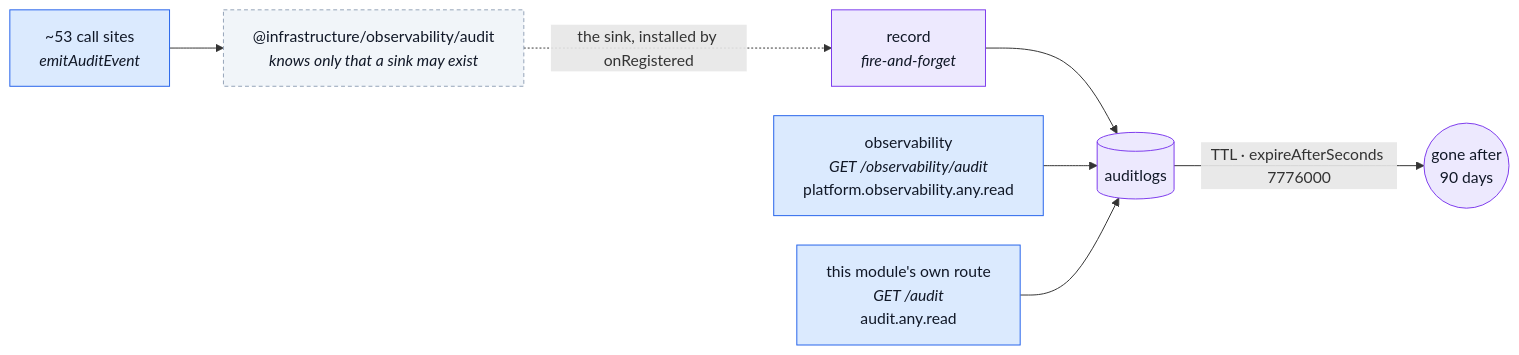
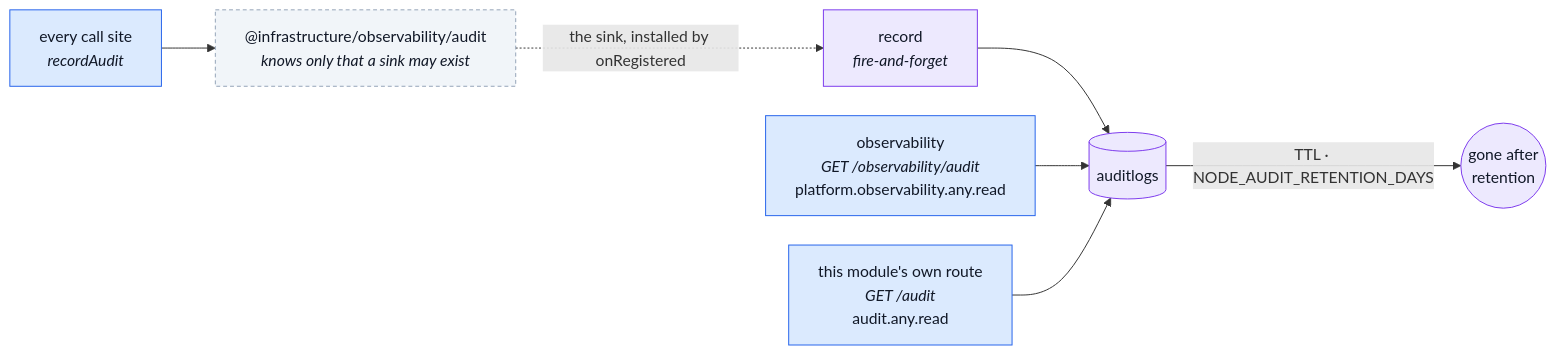
One commit to Guebbit/boilerplate-node-backend changed the second of 2 diagrams in docs/modules/audit-logs.md. Above: the diagram before and after it, drawn with Mermaid. The commit also changed other lines of this file and 130 other files, not shown here.

````diff
--- a/docs/modules/audit-logs.md
+++ b/docs/modules/audit-logs.md
@@ -98,17 +97,17 @@
 ```mermaid
 %%{init: {'flowchart': {'nodeSpacing': 30, 'rankSpacing': 55}}}%%
 flowchart LR
-    C["~53 call sites<br/><i>emitAuditEvent</i>"] --> P["@infrastructure/observability/audit<br/><i>knows only that a sink may exist</i>"]
+    C["every call site<br/><i>recordAudit</i>"] --> P["@infrastructure/observability/audit<br/><i>knows only that a sink may exist</i>"]
     P -.->|"the sink, installed by onRegistered"| R["record<br/><i>fire-and-forget</i>"]
     R --> M[("auditlogs")]
-    M -->|"TTL · expireAfterSeconds 7776000"| X(("gone after<br/>90 days"))
+    M -->|"TTL · NODE_AUDIT_RETENTION_DAYS"| X(("gone after<br/>retention"))
     O["observability<br/><i>GET /observability/audit</i><br/>platform.observability.any.read"] --> M
     S["this module's own route<br/><i>GET /audit</i><br/>audit.any.read"] --> M
 
     classDef caller fill:#dbeafe,stroke:#2563eb,color:#111827;
     classDef seam fill:#f1f5f9,stroke:#94a3b8,color:#111827,stroke-dasharray:4 3;
     classDef own fill:#ede9fe,stroke:#7c3aed,color:#111827;
     class C,O,S caller;
     class P seam;
     class R,M,X own;
 ```
````
